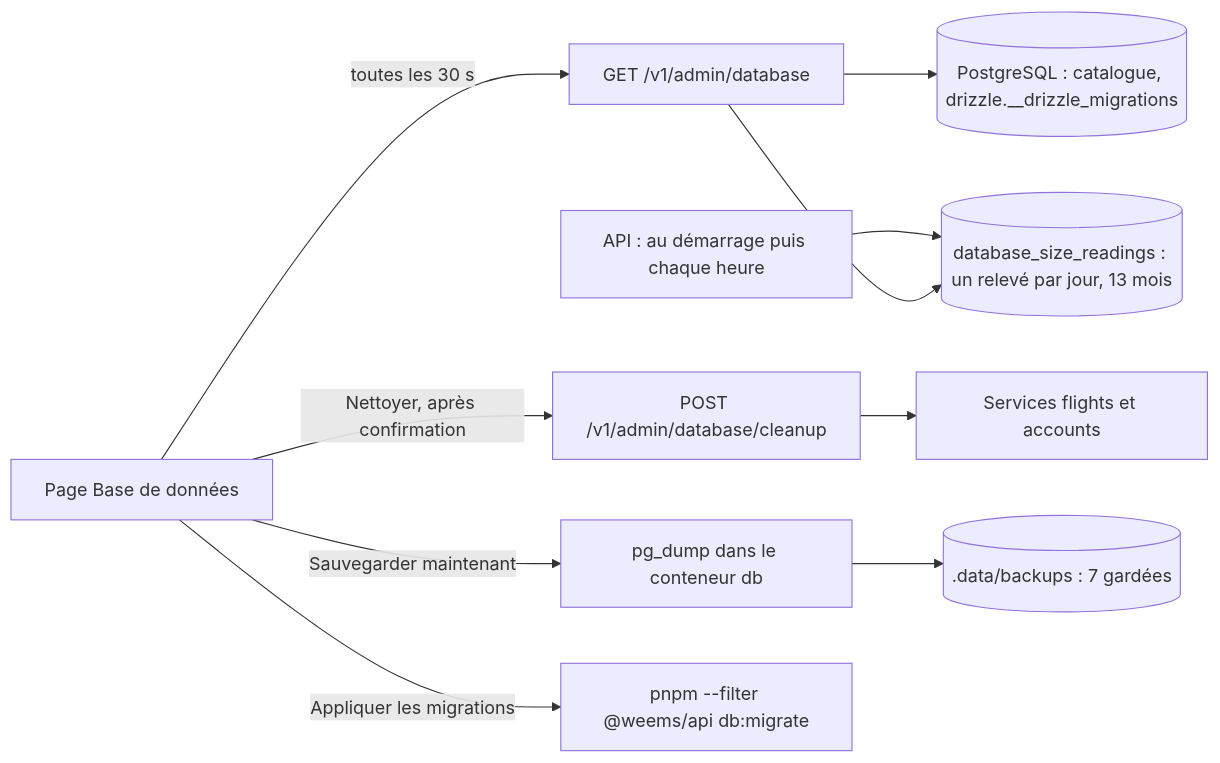
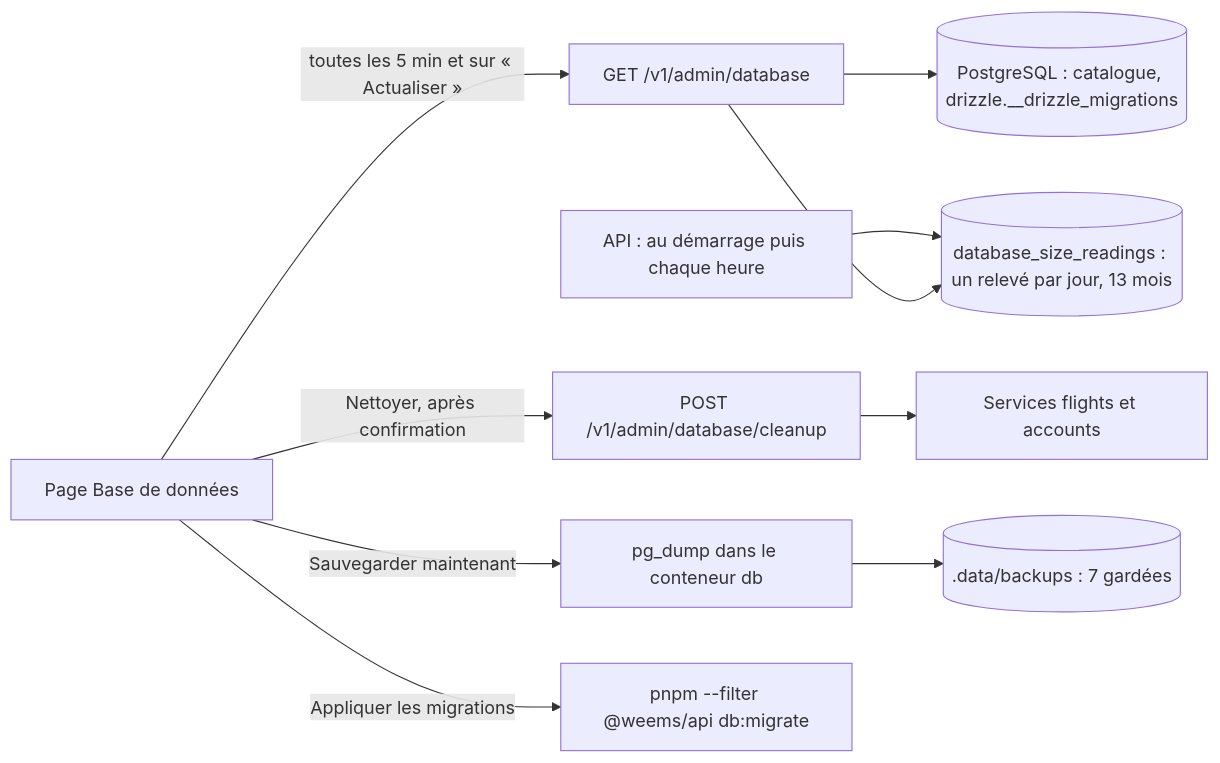
One commit to tetardo/weems changed the fourth of 4 diagrams in docs/cahiers-des-charges/admin/spec-admin.md. Above: the diagram before and after it, drawn with Mermaid. The commit also changed 21 other files, not shown here.

First line of the commit message:
Actualisation : Boarding et trace du direct en continu, Base de données toutes les 5 min (#111)

````diff
--- a/docs/cahiers-des-charges/admin/spec-admin.md
+++ b/docs/cahiers-des-charges/admin/spec-admin.md
@@ -230,12 +230,12 @@
 ```mermaid
 flowchart LR
-  P[Page Base de données] -->|toutes les 30 s| R[GET /v1/admin/database]
+  P[Page Base de données] -->|toutes les 5 min et sur « Actualiser »| R[GET /v1/admin/database]
   P -->|Nettoyer, après confirmation| N[POST /v1/admin/database/cleanup]
   R --> B[(PostgreSQL : catalogue, drizzle.__drizzle_migrations)]
   N --> F[Services flights et accounts]
   A[API : au démarrage puis chaque heure] --> H[(database_size_readings : un relevé par jour, 13 mois)]
   R --> H
   P -->|Sauvegarder maintenant| D[pg_dump dans le conteneur db]
   D --> S[(.data/backups : 7 gardées)]
   P -->|Appliquer les migrations| M[pnpm --filter @weems/api db:migrate]
 ```
````
